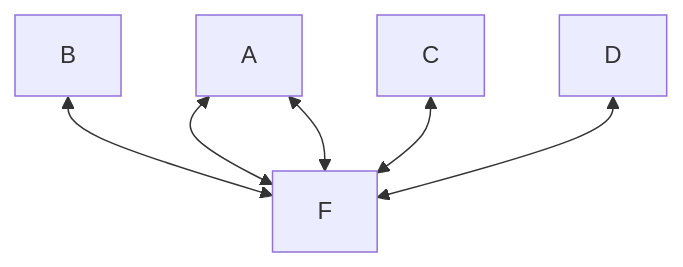
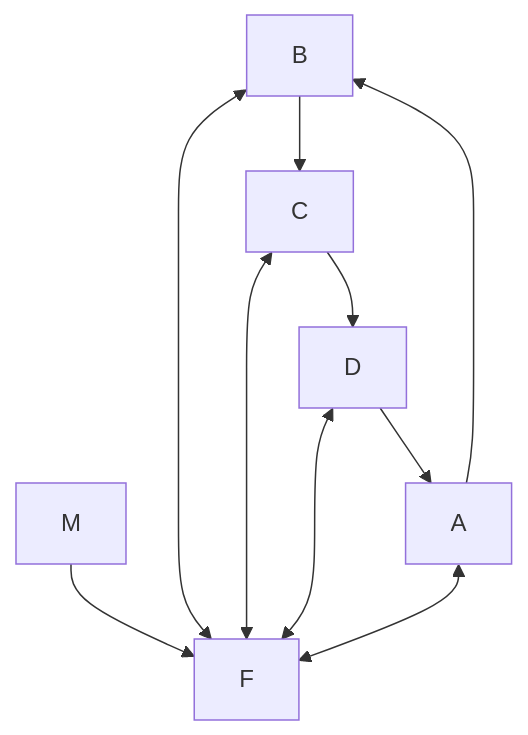
One commit to coderATP/SuitsUp changed the diagram in README.md. Above: the diagram before and after it, drawn with Mermaid.

````diff
--- a/README.md
+++ b/README.md
@@ -14,9 +14,12 @@
 ```mermaid
 graph TD;
-A<-->F;
+M-->F;
 B<-->F;
 C<-->F;
 D<-->F;
 A<-->F;
-
+A-->B;
+B-->C;
+C-->D;
+D-->A;
 ```
````
